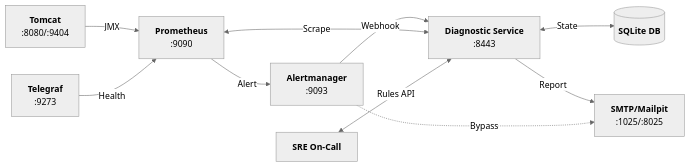
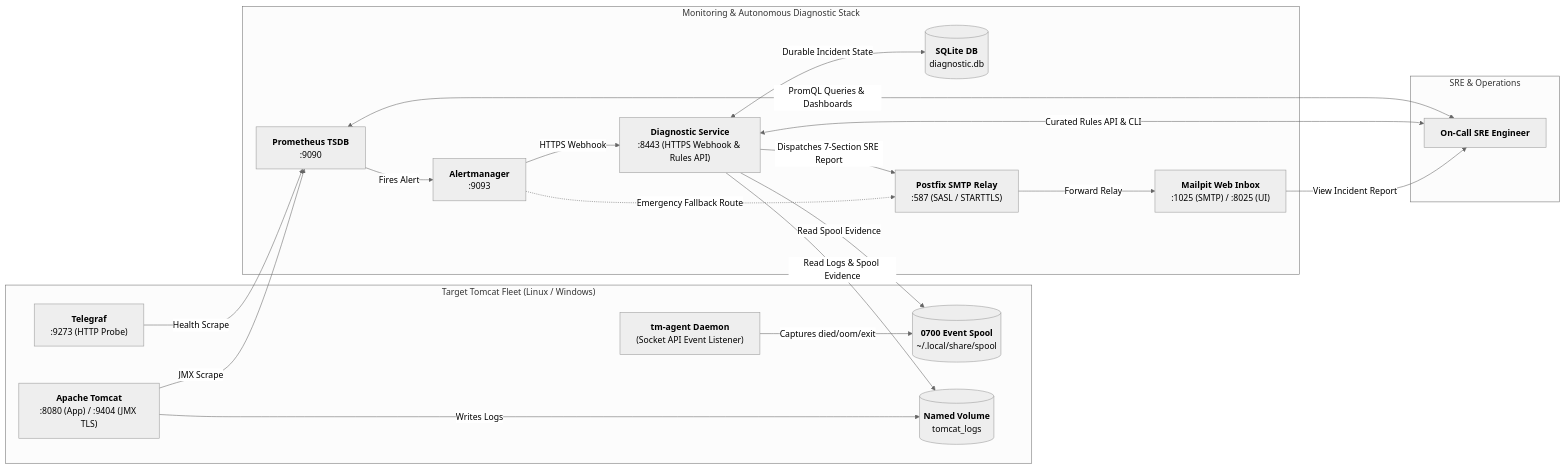
Before and after one commit to edkas07-oss/tomcat-monitoring: the first of 2 diagrams in README.md, drawn with Mermaid (neutral theme). The commit also changed other lines of this file and 46 other files, not shown here.

````diff
--- a/README.md
+++ b/README.md
@@ -37,21 +73,40 @@
 ```mermaid
 flowchart LR
-    TOMCAT["<b>Tomcat</b><br/>:8080/:9404"]
-    TELEGRAF["<b>Telegraf</b><br/>:9273"]
-    PROM["<b>Prometheus</b><br/>:9090"]
-    AM["<b>Alertmanager</b><br/>:9093"]
-    DS["<b>Diagnostic Service</b><br/>:8443"]
-    SQLITE[("<b>SQLite DB</b>")]
-    MAIL["<b>SMTP/Mailpit</b><br/>:1025/:8025"]
-    SRE["<b>SRE On-Call</b>"]
+    subgraph TargetHost ["Target Tomcat Fleet (Linux / Windows)"]
+        TOMCAT["<b>Apache Tomcat</b><br/>:8080 (App) / :9404 (JMX TLS)"]
+        TELEGRAF["<b>Telegraf</b><br/>:9273 (HTTP Probe)"]
+        AGENT["<b>tm-agent Daemon</b><br/>(Socket API Event Listener)"]
+        SPOOL[("<b>0700 Event Spool</b><br/>~/.local/share/spool")]
+        LOGS[("<b>Named Volume</b><br/>tomcat_logs")]
+        
+        TOMCAT -->|Writes Logs| LOGS
+        AGENT -->|Captures died/oom/exit| SPOOL
+    end
 
-    TOMCAT -->|JMX| PROM
-    TELEGRAF -->|Health| PROM
-    PROM -->|Alert| AM
-    AM -->|Webhook| DS
-    PROM <-->|Scrape| DS
-    DS <-->|State| SQLITE
-    DS -->|Report| MAIL
-    AM -.->|Bypass| MAIL
-    SRE <-->|Rules API| DS
+    subgraph MonitoringCore ["Monitoring & Autonomous Diagnostic Stack"]
+        PROM["<b>Prometheus TSDB</b><br/>:9090"]
+        AM["<b>Alertmanager</b><br/>:9093"]
+        DS["<b>Diagnostic Service</b><br/>:8443 (HTTPS Webhook & Rules API)"]
+        SQLITE[("<b>SQLite DB</b><br/>diagnostic.db")]
+        POSTFIX["<b>Postfix SMTP Relay</b><br/>:587 (SASL / STARTTLS)"]
+        MAILPIT["<b>Mailpit Web Inbox</b><br/>:1025 (SMTP) / :8025 (UI)"]
+        
+        TOMCAT -->|JMX Scrape| PROM
+        TELEGRAF -->|Health Scrape| PROM
+        PROM -->|Fires Alert| AM
+        AM -->|HTTPS Webhook| DS
+        AM -.->|Emergency Fallback Route| POSTFIX
+        DS <-->|Durable Incident State| SQLITE
+        DS -->|Read Logs & Spool Evidence| LOGS
+        DS -->|Read Spool Evidence| SPOOL
+        DS -->|Dispatches 7-Section SRE Report| POSTFIX
+        POSTFIX -->|Forward Relay| MAILPIT
+    end
+
+    subgraph SREClient ["SRE & Operations"]
+        SRE["<b>On-Call SRE Engineer</b>"]
+        MAILPIT -->|View Incident Report| SRE
+        SRE <-->|Curated Rules API & CLI| DS
+        SRE <-->|PromQL Queries & Dashboards| PROM
+    end
 ```
````
